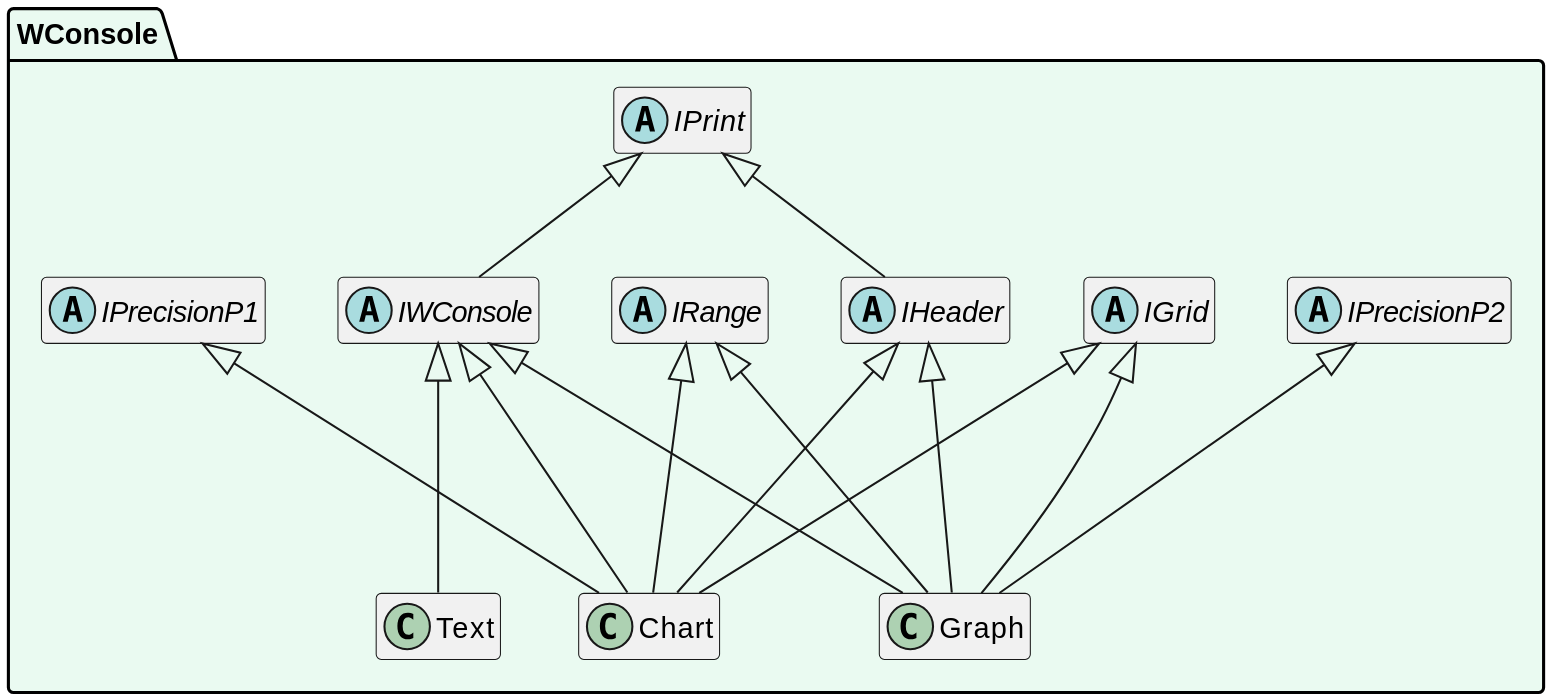
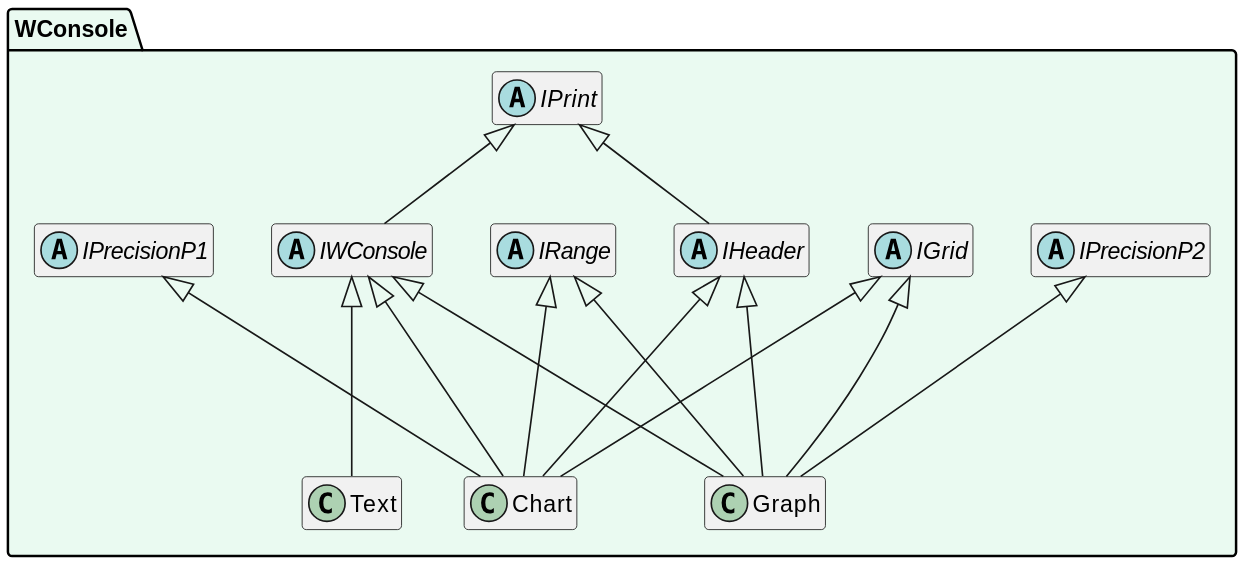
The diagram in doc/UMLClass.md (SergioStopkin/WideConsole), drawn with PlantUML before and after one commit.

Commit message:
Test some styles

````diff
--- a/doc/UMLClass.md
+++ b/doc/UMLClass.md
@@ -1,41 +1,41 @@
 ```plantuml
 @startuml
 
-scale 2000 width
+scale 1600 width
 
 hide empty members
 
 namespace WConsole #EAFAF1 {
 
 abstract class IGrid
 abstract class IHeader
 abstract class IPrecisionP1
 abstract class IPrecisionP2
 abstract class IPrint
 abstract class IRange
 abstract class IWConsole
 class Chart
 class Graph
 class Text
 
 IPrint <|-- IHeader
 IPrint <|-- IWConsole
 
 IWConsole    <|--- Chart
 IHeader      <|--- Chart
 IPrecisionP1 <|---  Chart
 IRange       <|---  Chart
 IGrid        <|---  Chart
 
 IWConsole    <|--- Graph
 IHeader      <|--- Graph
 IPrecisionP2 <|---  Graph
 IRange       <|---  Graph
 IGrid        <|---  Graph
 
 IWConsole <|--- Text
 
 }
 
 @enduml
 ```
````
